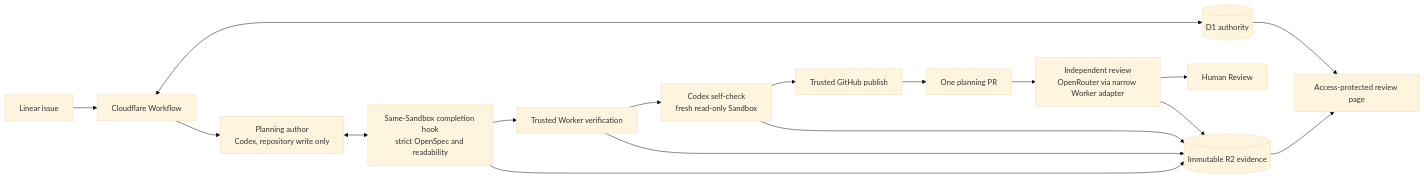
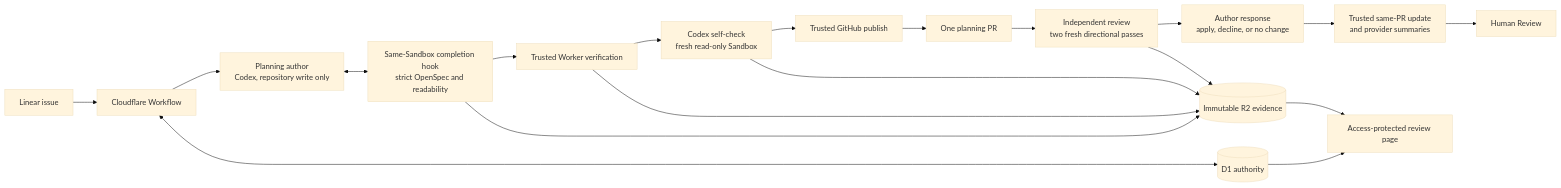
The diagram in docs/current-architecture.md (sachinkundu/deos), drawn with Mermaid (base theme) before and after one commit. The commit also changed other lines of this file and 37 other files, not shown here.

Commit message:
feat: preserve directional review disagreements

````diff
--- a/docs/current-architecture.md
+++ b/docs/current-architecture.md
@@ -15,19 +15,21 @@
 ```mermaid
 flowchart LR
     L[Linear issue] --> W[Cloudflare Workflow]
     W <--> D[(D1 authority)]
     W --> A[Planning author<br/>Codex, repository write only]
     A <--> C[Same-Sandbox completion hook<br/>strict OpenSpec and readability]
     C --> V[Trusted Worker verification]
     V --> S[Codex self-check<br/>fresh read-only Sandbox]
     S --> P[Trusted GitHub publish]
     P --> G[One planning PR]
-    G --> I[Independent review<br/>OpenRouter via narrow Worker adapter]
-    I --> H[Human Review]
+    G --> I[Independent review<br/>two fresh directional passes]
+    I --> AR[Author response<br/>apply, decline, or no change]
+    AR --> U[Trusted same-PR update<br/>and provider summaries]
+    U --> H[Human Review]
     C --> R[(Immutable R2 evidence)]
     V --> R
     S --> R
     I --> R
     D --> O[Access-protected review page]
     R --> O
 ```
````
